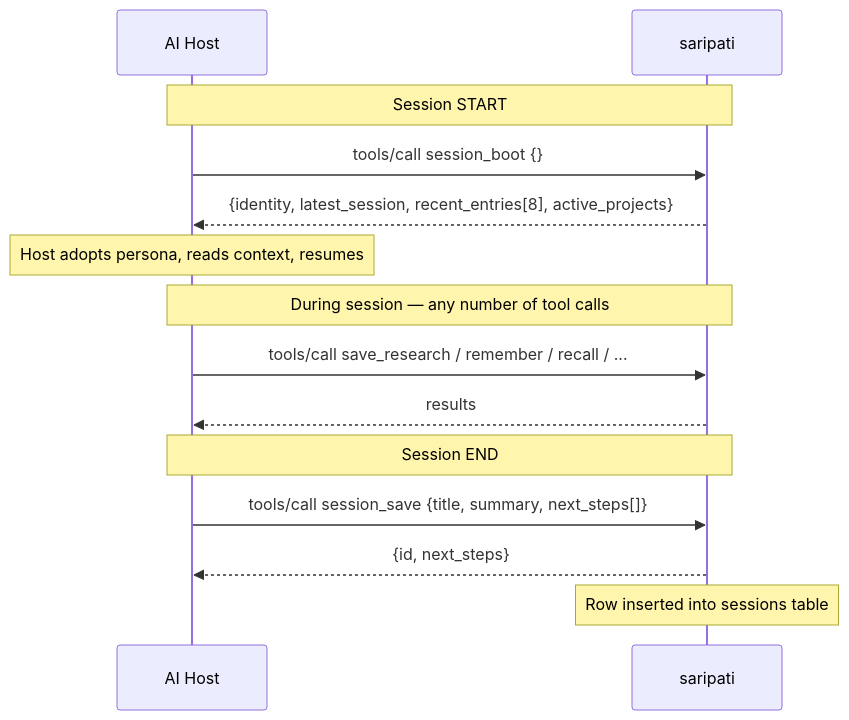
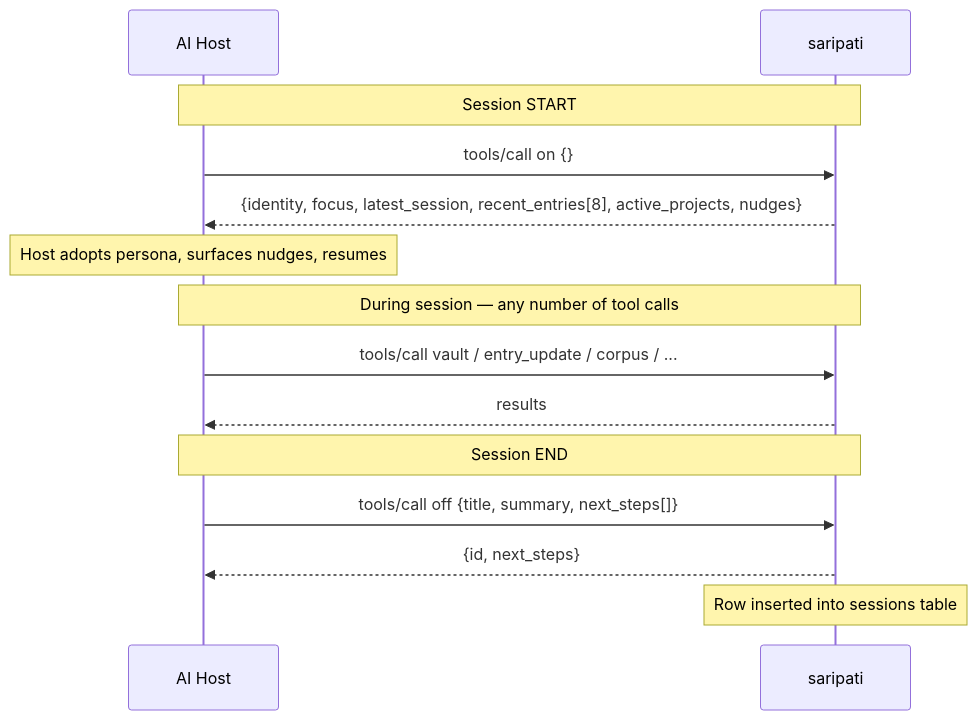
One commit to kyouscireul/saripati changed the fourth of 9 diagrams in docs/lifecycle.md. Above: the diagram before and after it, drawn with Mermaid. The commit also changed other lines of this file and 42 other files, not shown here.

````diff
--- a/docs/lifecycle.md
+++ b/docs/lifecycle.md
@@ -109,19 +105,19 @@
 ```mermaid
 sequenceDiagram
     participant AI as AI Host
     participant S as saripati
 
     Note over AI,S: Session START
-    AI->>S: tools/call session_boot {}
-    S-->>AI: {identity, latest_session, recent_entries[8], active_projects}
-    Note over AI: Host adopts persona, reads context, resumes
+    AI->>S: tools/call on {}
+    S-->>AI: {identity, focus, latest_session, recent_entries[8], active_projects, nudges}
+    Note over AI: Host adopts persona, surfaces nudges, resumes
 
     Note over AI,S: During session — any number of tool calls
-    AI->>S: tools/call save_research / remember / recall / ...
+    AI->>S: tools/call vault / entry_update / corpus / ...
     S-->>AI: results
 
     Note over AI,S: Session END
-    AI->>S: tools/call session_save {title, summary, next_steps[]}
+    AI->>S: tools/call off {title, summary, next_steps[]}
     S-->>AI: {id, next_steps}
     Note over S: Row inserted into sessions table
 ```
````
